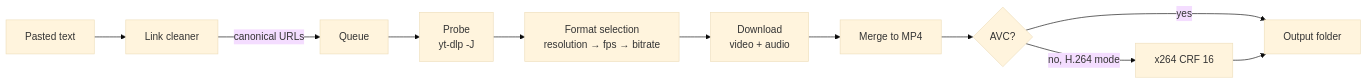
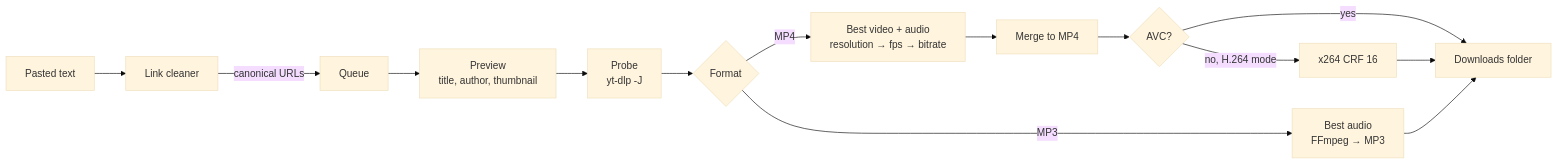
One commit to softoblivion/media-saver changed the diagram in README.md. Above: the diagram before and after it, drawn with Mermaid (base theme). The commit also changed other lines of this file and 69 other files, not shown here.

````diff
--- a/README.md
+++ b/README.md
@@ -57,12 +61,12 @@
 ```mermaid
 flowchart LR
     A[Pasted text] --> B[Link cleaner]
     B -->|canonical URLs| C[Queue]
-    C --> D["Probe<br/>yt-dlp -J"]
-    D --> E["Format selection<br/>resolution → fps → bitrate"]
-    E --> F["Download<br/>video + audio"]
-    F --> G[Merge to MP4]
-    G --> H{AVC?}
-    H -- yes --> J[Output folder]
+    C --> P["Preview<br/>title, author, thumbnail"]
+    P --> D["Probe<br/>yt-dlp -J"]
+    D --> E{Format}
+    E -- MP4 --> F["Best video + audio<br/>resolution → fps → bitrate"] --> G[Merge to MP4] --> H{AVC?}
+    H -- yes --> J[Downloads folder]
     H -- no, H.264 mode --> I["x264 CRF 16"] --> J
+    E -- MP3 --> K["Best audio<br/>FFmpeg → MP3"] --> J
 ```
````
